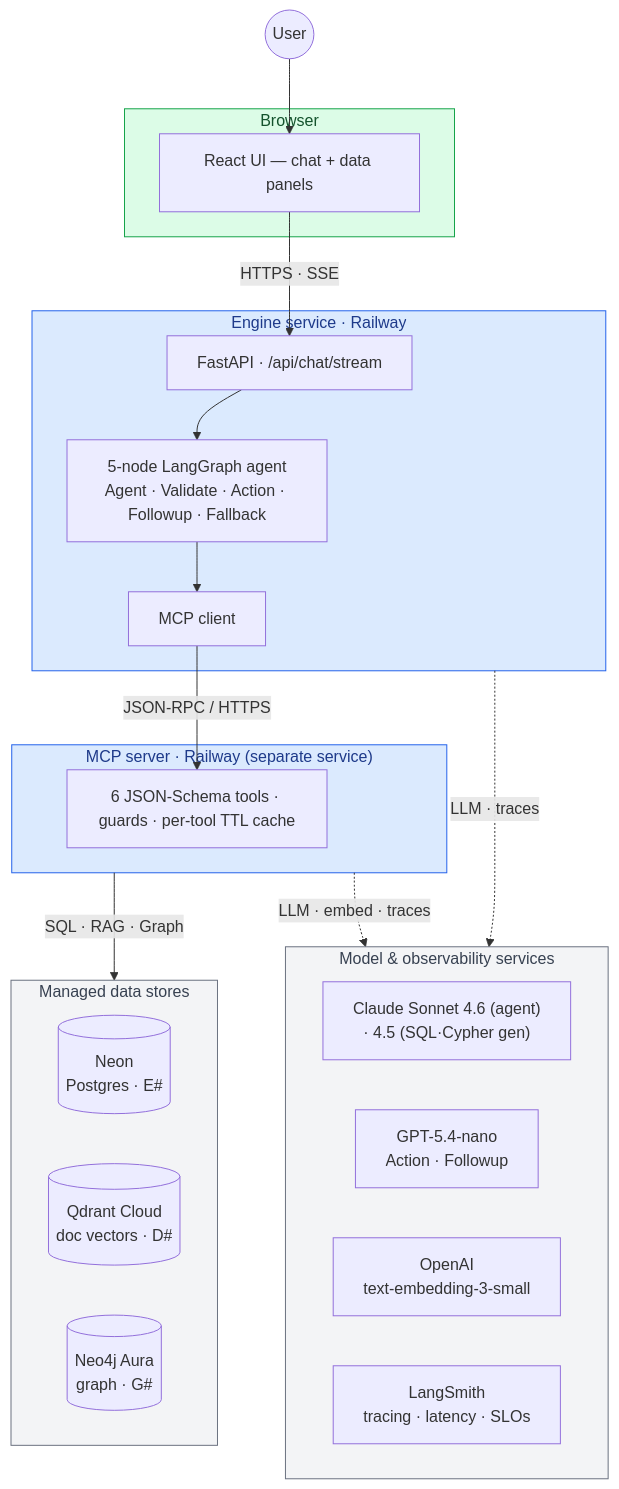
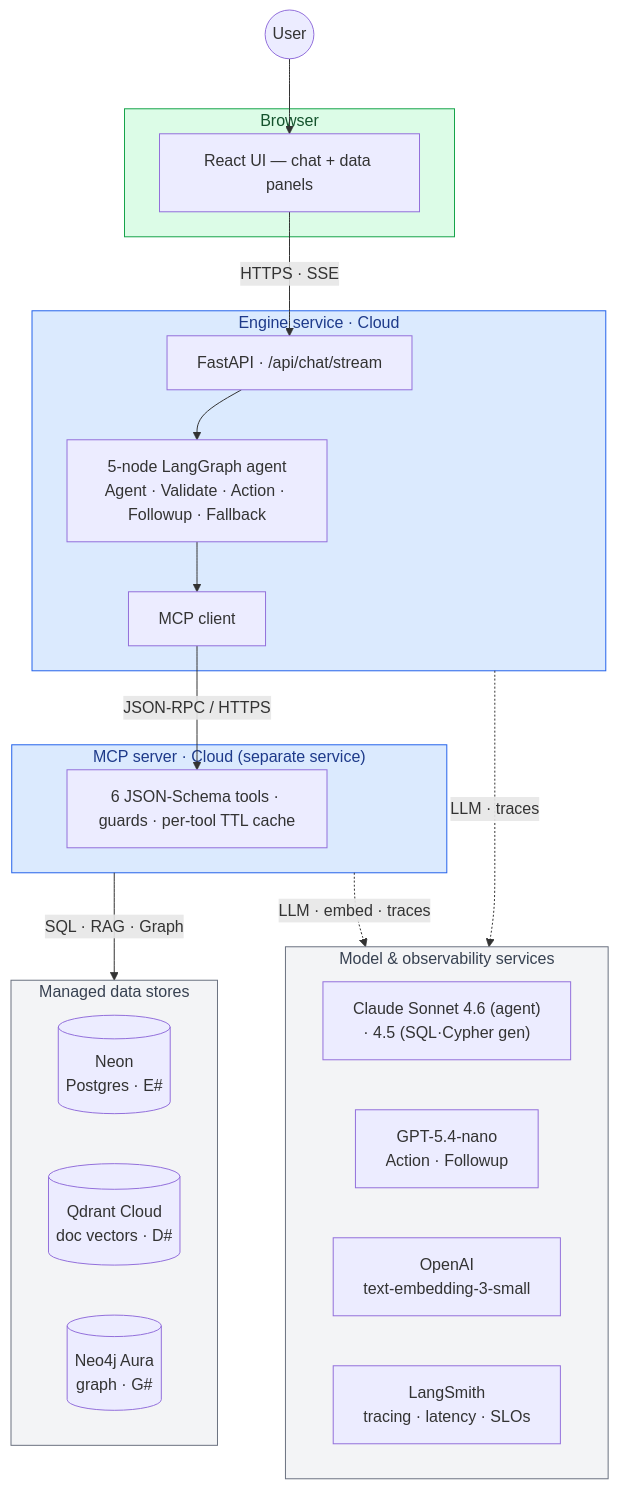
One commit to sazzad-kamal/crm-agentic-mcp-engine changed the third of 10 diagrams in README.md. Above: the diagram before and after it, drawn with Mermaid. The commit also changed other lines of this file, not shown here.

Commit message:
docs: neutralize deployment platform (Railway -> Cloud) in diagrams + prose

````diff
--- a/README.md
+++ b/README.md
@@ -109,45 +109,45 @@
 ```mermaid
 flowchart TB
     User(("User"))
 
     subgraph BROWSER["Browser"]
         UI["React UI — chat + data panels"]
     end
 
-    subgraph RW1["Engine service · Railway"]
+    subgraph RW1["Engine service · Cloud"]
         API["FastAPI · /api/chat/stream"]
         AG["5-node LangGraph agent<br/>Agent · Validate · Action · Followup · Fallback"]
         MC["MCP client"]
         API --> AG --> MC
     end
 
-    subgraph RW2["MCP server · Railway (separate service)"]
+    subgraph RW2["MCP server · Cloud (separate service)"]
         TL["6 JSON-Schema tools · guards · per-tool TTL cache"]
     end
 
     subgraph DATA["Managed data stores"]
         PG[("Neon<br/>Postgres · E#")]
         QDR[("Qdrant Cloud<br/>doc vectors · D#")]
         NEO[("Neo4j Aura<br/>graph · G#")]
     end
 
     subgraph SHARED["Model & observability services"]
         CLA["Claude Sonnet 4.6 (agent)<br/>· 4.5 (SQL·Cypher gen)"]
         GPT["GPT-5.4-nano<br/>Action · Followup"]
         EMB["OpenAI<br/>text-embedding-3-small"]
         OBS["LangSmith<br/>tracing · latency · SLOs"]
     end
 
     User --> UI
     UI -->|"HTTPS · SSE"| API
     MC -->|"JSON-RPC / HTTPS"| TL
     RW2 -->|"SQL · RAG · Graph"| DATA
     RW1 -.->|"LLM · traces"| SHARED
     RW2 -.->|"LLM · embed · traces"| SHARED
 
     style RW1 fill:#dbeafe,stroke:#2563eb,color:#1e3a8a
     style RW2 fill:#dbeafe,stroke:#2563eb,color:#1e3a8a
     style DATA fill:#f3f4f6,stroke:#6b7280,color:#374151
     style SHARED fill:#f3f4f6,stroke:#6b7280,color:#374151
     style BROWSER fill:#dcfce7,stroke:#16a34a,color:#14532d
 ```
````
